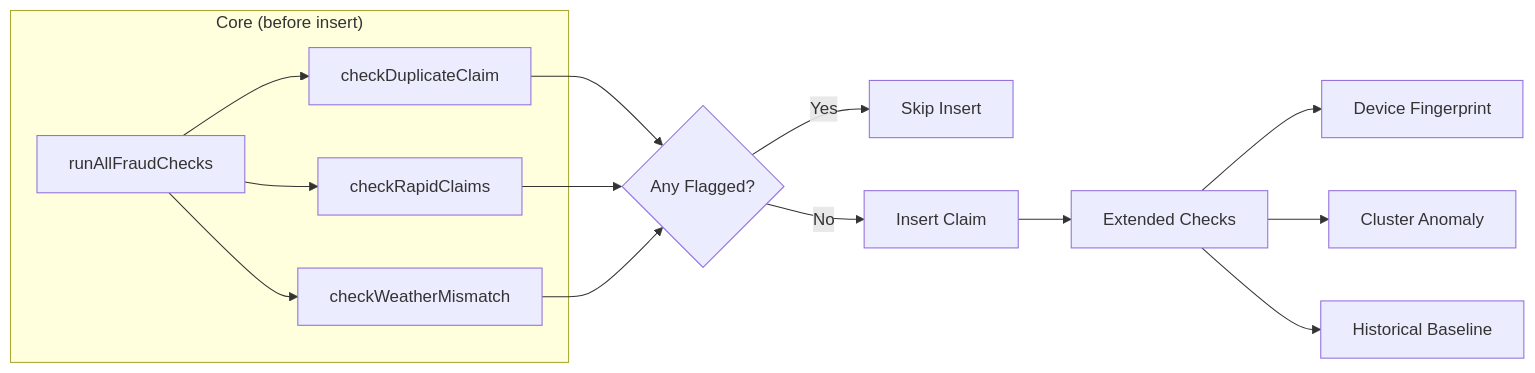
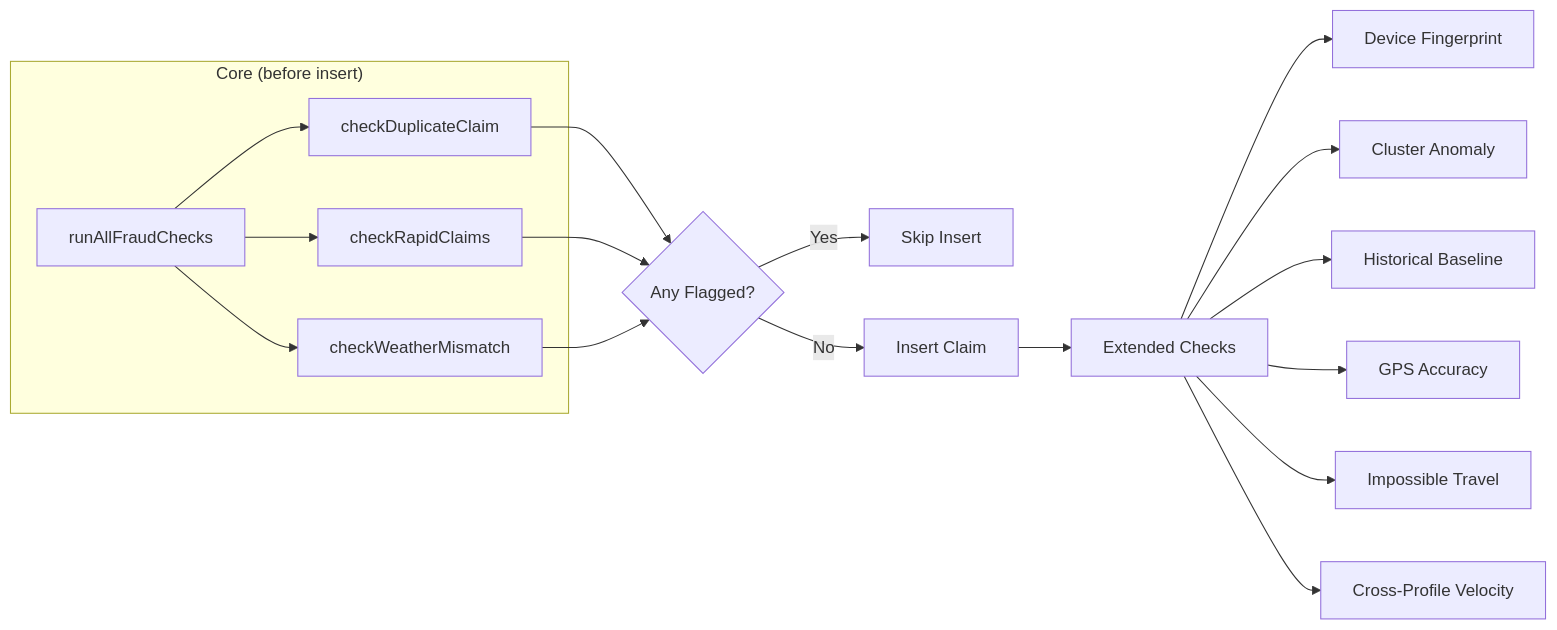
Before and after one commit to lohitkolluri/Oasis: the diagram in Docs/src/content/docs/features/fraud-detection.md, drawn with Mermaid. The commit also changed other lines of this file and 56 other files, not shown here.

````diff
--- a/Docs/src/content/docs/features/fraud-detection.md
+++ b/Docs/src/content/docs/features/fraud-detection.md
@@ -12,17 +12,20 @@
 ```mermaid
 flowchart LR
     subgraph Core["Core (before insert)"]
         A[runAllFraudChecks] --> B[checkDuplicateClaim]
         A --> C[checkRapidClaims]
         A --> D[checkWeatherMismatch]
     end
     B --> E{Any Flagged?}
     C --> E
     D --> E
     E -->|Yes| F[Skip Insert]
     E -->|No| G[Insert Claim]
     G --> H[Extended Checks]
     H --> I[Device Fingerprint]
     H --> J[Cluster Anomaly]
     H --> K[Historical Baseline]
+    H --> L[GPS Accuracy]
+    H --> M[Impossible Travel]
+    H --> N[Cross-Profile Velocity]
 ```
````
